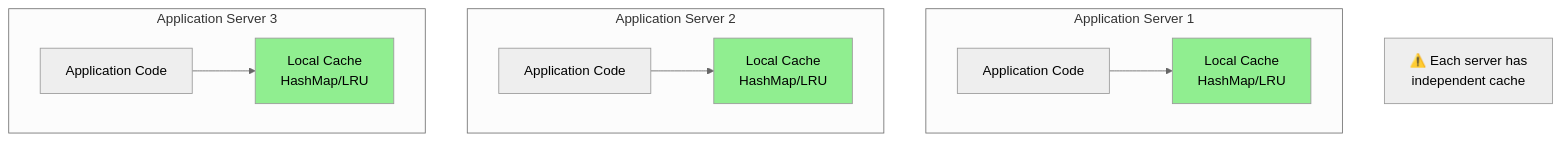
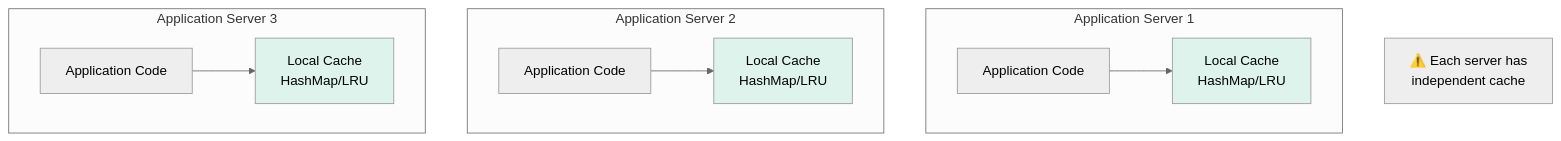
Before and after one commit to cartmancodes/InterviewVault: diagram 11 of 47 in LLD/CoreConcepts/Caching.md, drawn with Mermaid (neutral theme). The commit also changed other lines of this file and 679 other files, not shown here.

Commit message:
Unify content diagrams and add accessible visual walkthroughs

````diff
--- a/LLD/CoreConcepts/Caching.md
+++ b/LLD/CoreConcepts/Caching.md
@@ -330,26 +330,26 @@
 ```mermaid
 graph TB
     subgraph "Application Server 1"
         APP1[Application Code]
         LOCAL1[Local Cache<br/>HashMap/LRU]
         APP1 --> LOCAL1
     end
     
     subgraph "Application Server 2"
         APP2[Application Code]
         LOCAL2[Local Cache<br/>HashMap/LRU]
         APP2 --> LOCAL2
     end
     
     subgraph "Application Server 3"
         APP3[Application Code]
         LOCAL3[Local Cache<br/>HashMap/LRU]
         APP3 --> LOCAL3
     end
     
     NOTE[⚠️ Each server has<br/>independent cache]
     
-    style LOCAL1 fill:#90EE90
-    style LOCAL2 fill:#90EE90
-    style LOCAL3 fill:#90EE90
+    style LOCAL1 fill:#DDF3EC
+    style LOCAL2 fill:#DDF3EC
+    style LOCAL3 fill:#DDF3EC
 ```
````
